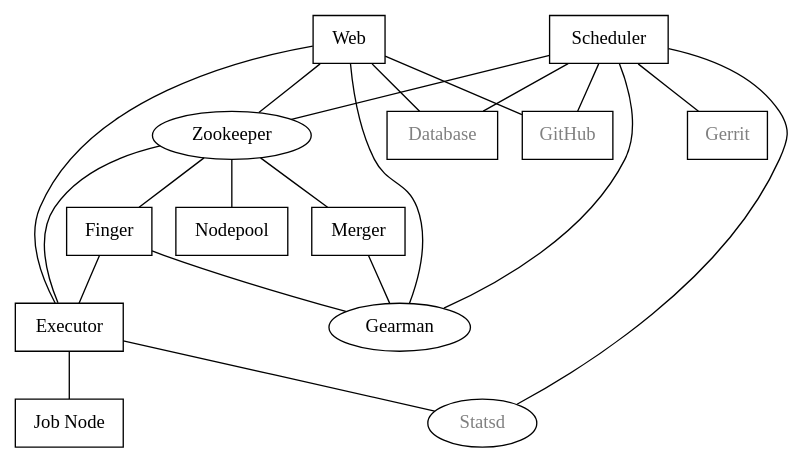
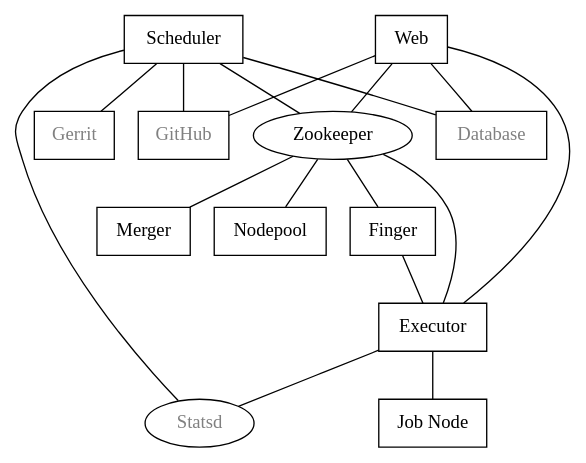
Before and after one commit to blurrycontour/zuul-gerrit: the diagram in doc/source/components.rst, drawn with Graphviz. The commit also changed other lines of this file and 8 other files, not shown here.

```diff
--- a/doc/source/components.rst
+++ b/doc/source/components.rst
@@ -11,40 +11,35 @@
 .. graphviz::
    :align: center
 
    graph  {
       node [shape=box]
       Database [fontcolor=grey]
       Executor [href="#executor"]
       Finger [href="#finger-gateway"]
-      Gearman [shape=ellipse]
       Gerrit [fontcolor=grey]
       Merger [href="#merger"]
       Statsd [shape=ellipse fontcolor=grey]
       Scheduler [href="#scheduler"]
       Zookeeper [shape=ellipse]
       Nodepool
       GitHub [fontcolor=grey]
       Web [href="#web-server"]
 
-      Merger -- Gearman
       Executor -- Statsd
       Executor -- "Job Node"
       Web -- Database
-      Web -- Gearman
       Web -- GitHub
       Web -- Zookeeper
       Web -- Executor
-      Finger -- Gearman
       Finger -- Executor
 
-      Gearman -- Scheduler;
       Scheduler -- Database;
       Scheduler -- Gerrit;
       Scheduler -- Zookeeper;
       Zookeeper -- Executor;
       Zookeeper -- Finger;
       Zookeeper -- Merger
       Zookeeper -- Nodepool;
       Scheduler -- GitHub;
       Scheduler -- Statsd;
    }
```
